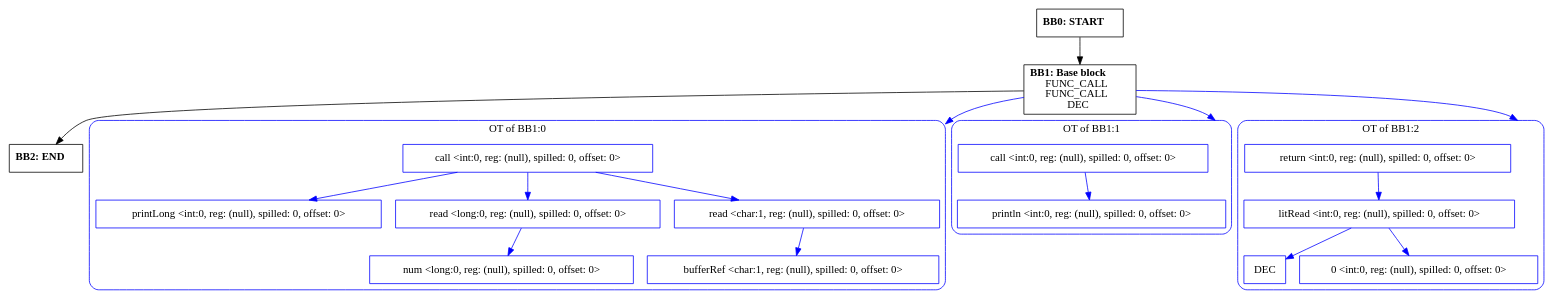
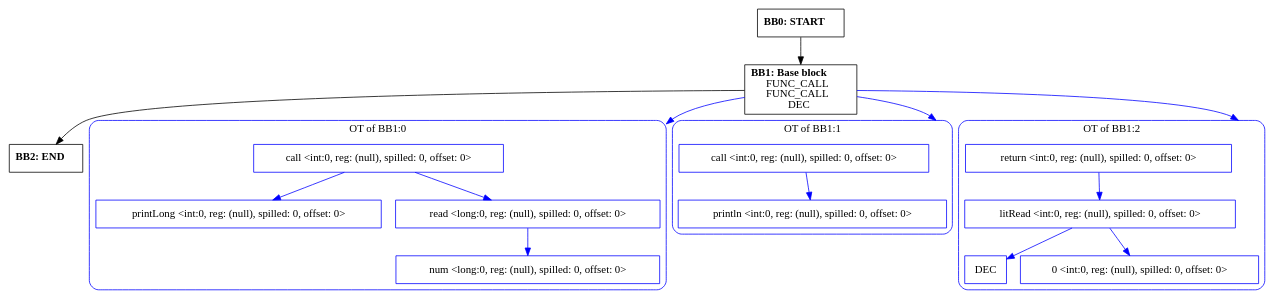
One commit to zavar152-cv/myLang-oop-compiler changed the diagram in outputs/cfg/io.IO.printlnLong.dot. Above: the diagram before and after it, drawn with Graphviz. The commit also changed 29 other files, not shown here.

```diff
--- a/outputs/cfg/io.IO.printlnLong.dot
+++ b/outputs/cfg/io.IO.printlnLong.dot
@@ -1,54 +1,50 @@
 digraph CFG {
     compound=true;
     graph [splines=true];
     node [shape=rectangle];
 
     BB2 [label=<<B>BB2: END</B><BR ALIGN="CENTER"/>>];
     BB1 [label=<<B>BB1: Base block</B><BR ALIGN="CENTER"/>FUNC_CALL<BR ALIGN="CENTER"/>FUNC_CALL<BR ALIGN="CENTER"/>DEC<BR ALIGN="CENTER"/>>];
     subgraph cluster_instruction0 {
         label = "OT of BB1:0";
         style=rounded;
         color=blue;
         entry0 [shape=point, style=invis];
         node0 [label="call <int:0, reg: (null), spilled: 0, offset: 0>", color=blue];
         node1 [label="printLong <int:0, reg: (null), spilled: 0, offset: 0>", color=blue];
         node0 -> node1[color=blue];
         node2 [label="read <long:0, reg: (null), spilled: 0, offset: 0>", color=blue];
         node3 [label="num <long:0, reg: (null), spilled: 0, offset: 0>", color=blue];
         node2 -> node3[color=blue];
         node0 -> node2[color=blue];
-        node4 [label="read <char:1, reg: (null), spilled: 0, offset: 0>", color=blue];
-        node5 [label="bufferRef <char:1, reg: (null), spilled: 0, offset: 0>", color=blue];
-        node4 -> node5[color=blue];
-        node0 -> node4[color=blue];
     }
     BB1 -> entry0 [lhead=cluster_instruction0, color=blue];
     subgraph cluster_instruction1 {
         label = "OT of BB1:1";
         style=rounded;
         color=blue;
         entry1 [shape=point, style=invis];
-        node6 [label="call <int:0, reg: (null), spilled: 0, offset: 0>", color=blue];
-        node7 [label="println <int:0, reg: (null), spilled: 0, offset: 0>", color=blue];
-        node6 -> node7[color=blue];
+        node4 [label="call <int:0, reg: (null), spilled: 0, offset: 0>", color=blue];
+        node5 [label="println <int:0, reg: (null), spilled: 0, offset: 0>", color=blue];
+        node4 -> node5[color=blue];
     }
     BB1 -> entry1 [lhead=cluster_instruction1, color=blue];
     subgraph cluster_instruction2 {
         label = "OT of BB1:2";
         style=rounded;
         color=blue;
         entry2 [shape=point, style=invis];
-        node8 [label="return <int:0, reg: (null), spilled: 0, offset: 0>", color=blue];
-        node9 [label="litRead <int:0, reg: (null), spilled: 0, offset: 0>", color=blue];
-        node10 [label="DEC", color=blue];
-        node9 -> node10[color=blue];
-        node11 [label="0 <int:0, reg: (null), spilled: 0, offset: 0>", color=blue];
-        node9 -> node11[color=blue];
-        node8 -> node9[color=blue];
+        node6 [label="return <int:0, reg: (null), spilled: 0, offset: 0>", color=blue];
+        node7 [label="litRead <int:0, reg: (null), spilled: 0, offset: 0>", color=blue];
+        node8 [label="DEC", color=blue];
+        node7 -> node8[color=blue];
+        node9 [label="0 <int:0, reg: (null), spilled: 0, offset: 0>", color=blue];
+        node7 -> node9[color=blue];
+        node6 -> node7[color=blue];
     }
     BB1 -> entry2 [lhead=cluster_instruction2, color=blue];
     BB0 [label=<<B>BB0: START</B><BR ALIGN="CENTER"/>>];
 
     BB1 -> BB2;
     BB0 -> BB1;
 }
```
